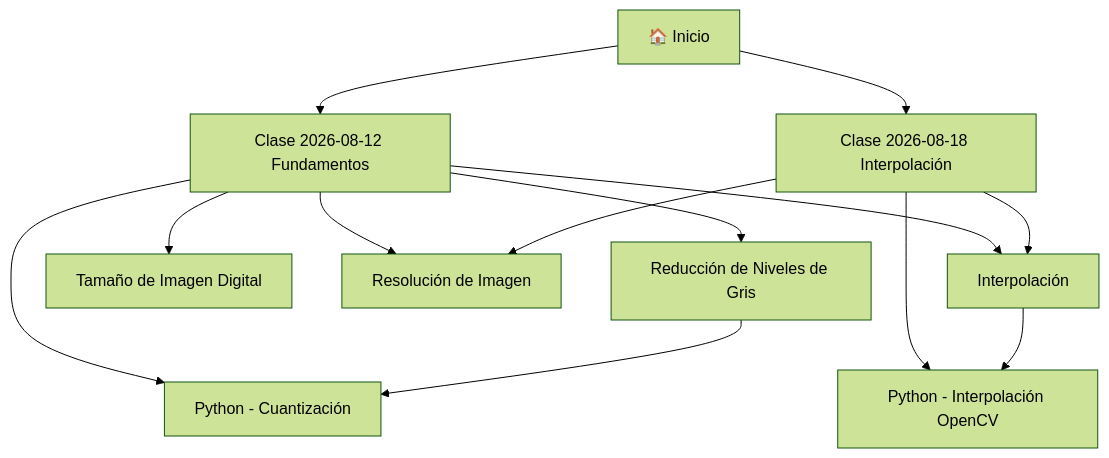
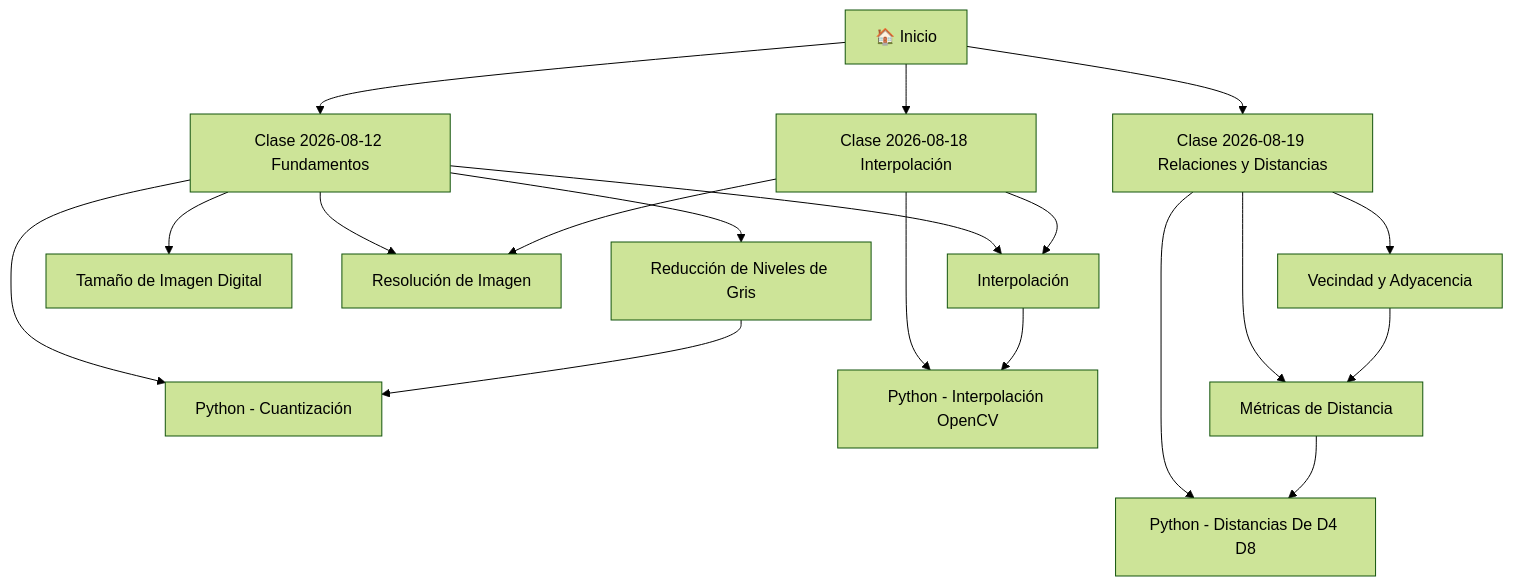
One commit to kriv-bit/Apuntes-Vision-Artificial changed the diagram in Inicio.md. Above: the diagram before and after it, drawn with Mermaid (forest theme). The commit also changed other lines of this file and 10 other files, not shown here.

````diff
--- a/Inicio.md
+++ b/Inicio.md
@@ -37,18 +41,25 @@
 ```mermaid
 graph TD
     Inicio[🏠 Inicio] --> C1[Clase 2026-08-12 Fundamentos]
     Inicio --> C2[Clase 2026-08-18 Interpolación]
+    Inicio --> C3[Clase 2026-08-19 Relaciones y Distancias]
     
     C1 --> N1[Reducción de Niveles de Gris]
     C1 --> N2[Tamaño de Imagen Digital]
     C1 --> N3[Resolución de Imagen]
     C1 --> N4[Interpolación]
     C1 --> P1[Python - Cuantización]
     
     C2 --> N4
     C2 --> N3
     C2 --> P2[Python - Interpolación OpenCV]
     
+    C3 --> N5[Vecindad y Adyacencia]
+    C3 --> N6[Métricas de Distancia]
+    C3 --> P3[Python - Distancias De D4 D8]
+    
     N1 --> P1
     N4 --> P2
+    N5 --> N6
+    N6 --> P3
 ```
````
